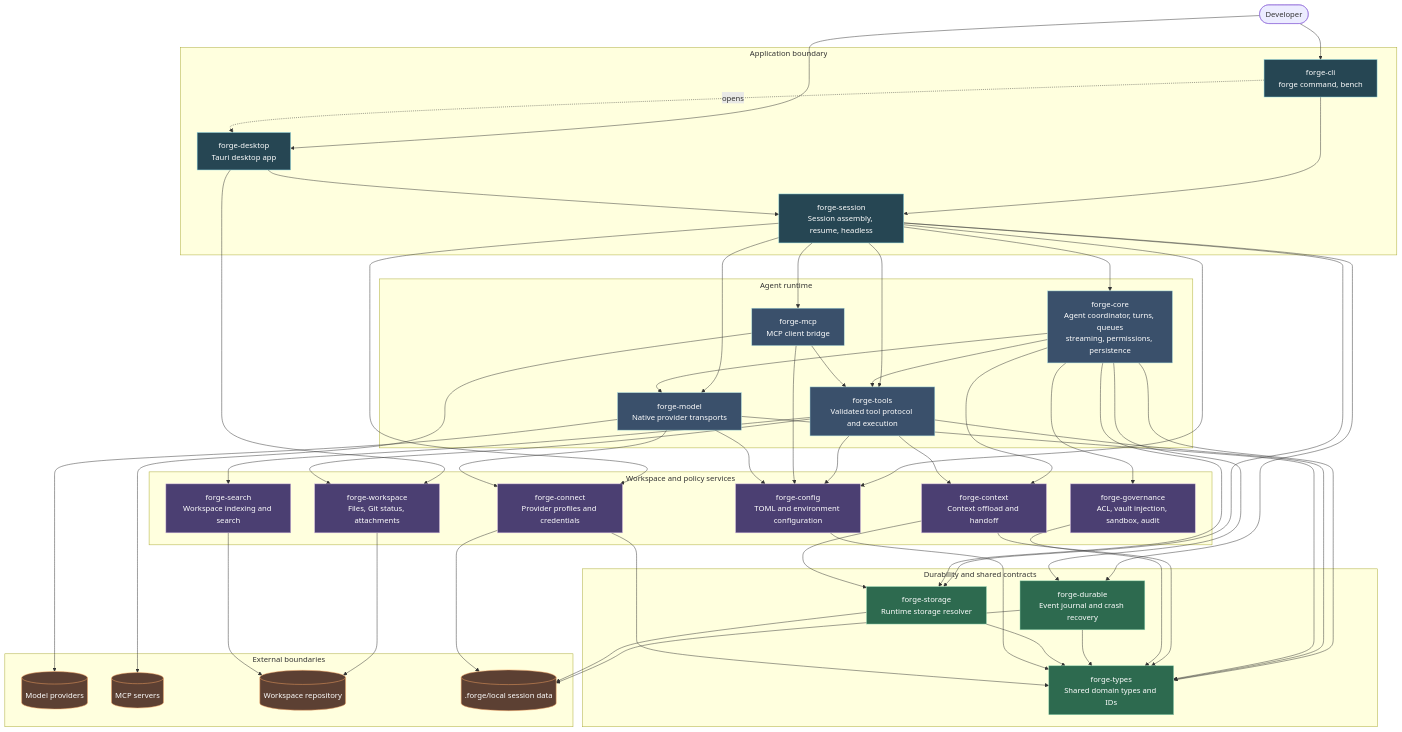
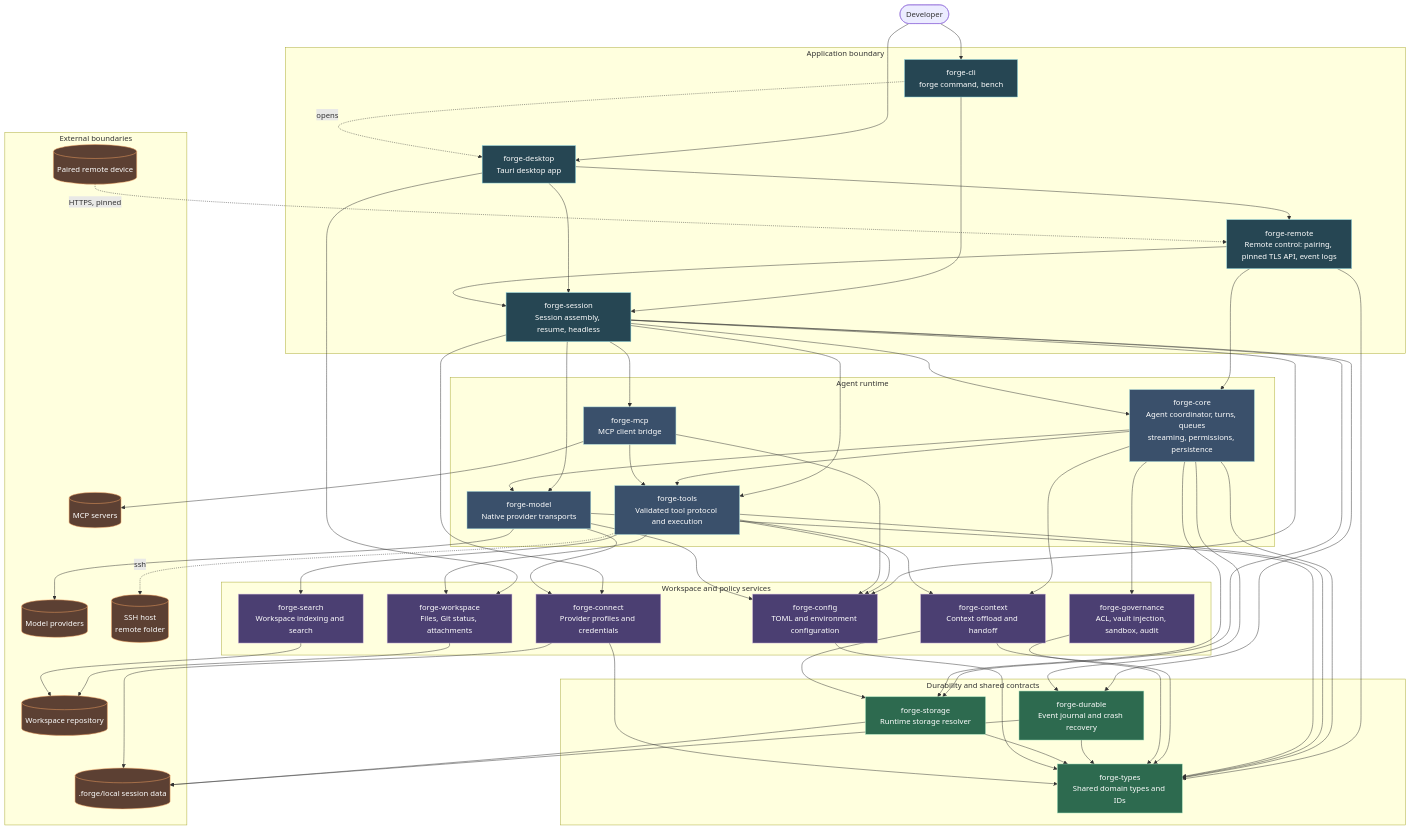
Before and after one commit to NorviaLabs/forge: the diagram in ARCHITECTURE.md, drawn with Mermaid. The commit also changed other lines of this file and 97 other files, not shown here.

First line of the commit message:
Remote control and SSH execution targets

````diff
--- a/ARCHITECTURE.md
+++ b/ARCHITECTURE.md
@@ -9,6 +9,7 @@
         desktop[forge-desktop\nTauri desktop app]
         cli[forge-cli\nforge command, bench]
         session[forge-session\nSession assembly, resume, headless]
+        remote[forge-remote\nRemote control: pairing, pinned TLS API, event logs]
     end
 
     subgraph runtime[Agent runtime]
@@ -38,6 +39,8 @@
         mcpservers[(MCP servers)]
         repo[(Workspace repository)]
         local[(.forge/local session data)]
+        device[(Paired remote device)]
+        sshhost[(SSH host\nremote folder)]
     end
 
     user --> desktop
@@ -45,6 +48,10 @@
     cli -. opens .-> desktop
     cli --> session
     desktop --> session
+    desktop --> remote
+    remote --> session
+    remote --> core
+    remote --> types
     desktop --> workspace
     session --> core
     session --> config
@@ -85,9 +92,11 @@
     mcp --> mcpservers
     workspace --> repo
     search --> repo
+    tools -. ssh .-> sshhost
     durable --> local
     storage --> local
     connect --> local
+    device -. HTTPS, pinned .-> remote
 
     classDef entry fill:#264653,stroke:#8bd3dd,color:#fff
     classDef runtime fill:#3a506b,stroke:#a8dadc,color:#fff
@@ -95,9 +104,9 @@
     classDef data fill:#2d6a4f,stroke:#95d5b2,color:#fff
     classDef external fill:#5c4033,stroke:#f4a261,color:#fff
 
-    class desktop,cli,session entry
+    class desktop,cli,session,remote entry
     class core,tools,mcp,model runtime
     class context,workspace,search,governance,connect,config service
     class durable,storage,types data
-    class providers,mcpservers,repo,local external
+    class providers,mcpservers,repo,local,device,sshhost external
 ```
````
